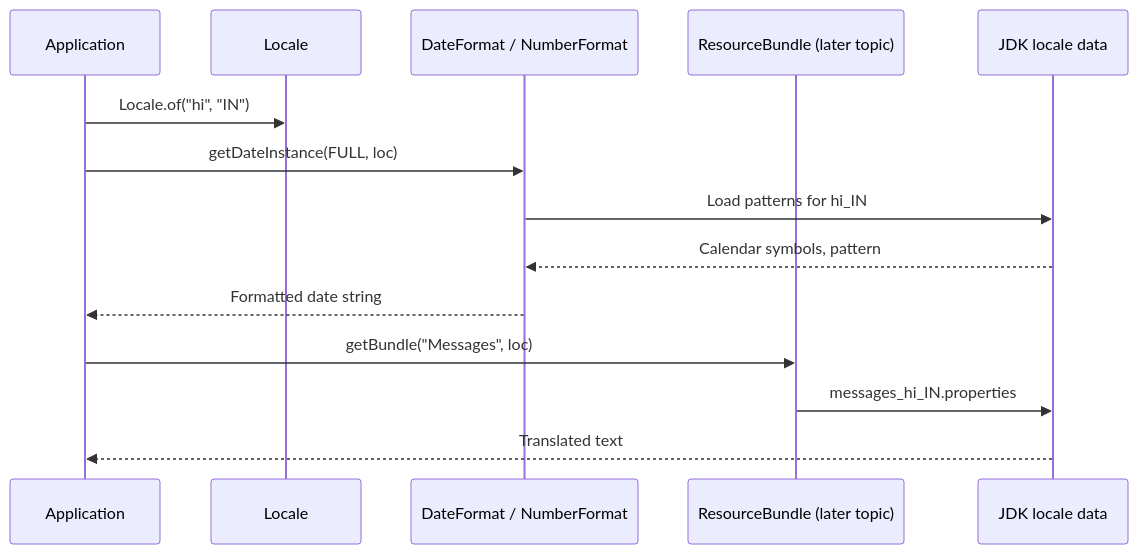
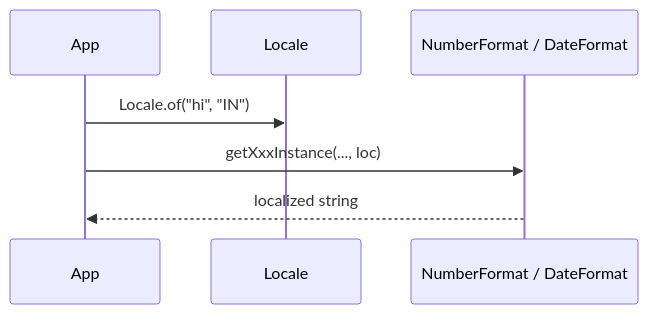
Before and after one commit to chaitussm/Java-Project: the third of 10 diagrams in docs/concepts/internationalization/internationalization.md, drawn with Mermaid. The commit also changed other lines of this file and 4 other files, not shown here.

Commit message:
feat(i18n): NumberFormat/DateFormat demos, unified guide under advanced package

````diff
--- a/docs/concepts/internationalization/internationalization.md
+++ b/docs/concepts/internationalization/internationalization.md
@@ -246,16 +165,9 @@
 ```mermaid
 sequenceDiagram
-  participant App as Application
+  participant App
   participant Loc as Locale
-  participant Fmt as DateFormat / NumberFormat
-  participant RB as ResourceBundle (later topic)
-  participant JDK as JDK locale data
+  participant Fmt as NumberFormat / DateFormat
   App->>Loc: Locale.of("hi", "IN")
-  App->>Fmt: getDateInstance(FULL, loc)
-  Fmt->>JDK: Load patterns for hi_IN
-  JDK-->>Fmt: Calendar symbols, pattern
-  Fmt-->>App: Formatted date string
-  App->>RB: getBundle("Messages", loc)
-  RB->>JDK: messages_hi_IN.properties
-  JDK-->>App: Translated text
+  App->>Fmt: getXxxInstance(..., loc)
+  Fmt-->>App: localized string
 ```
````
